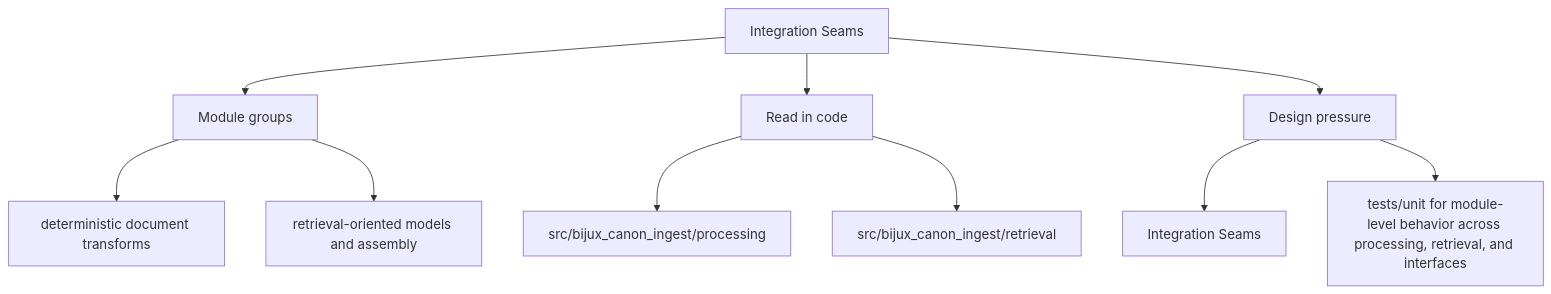
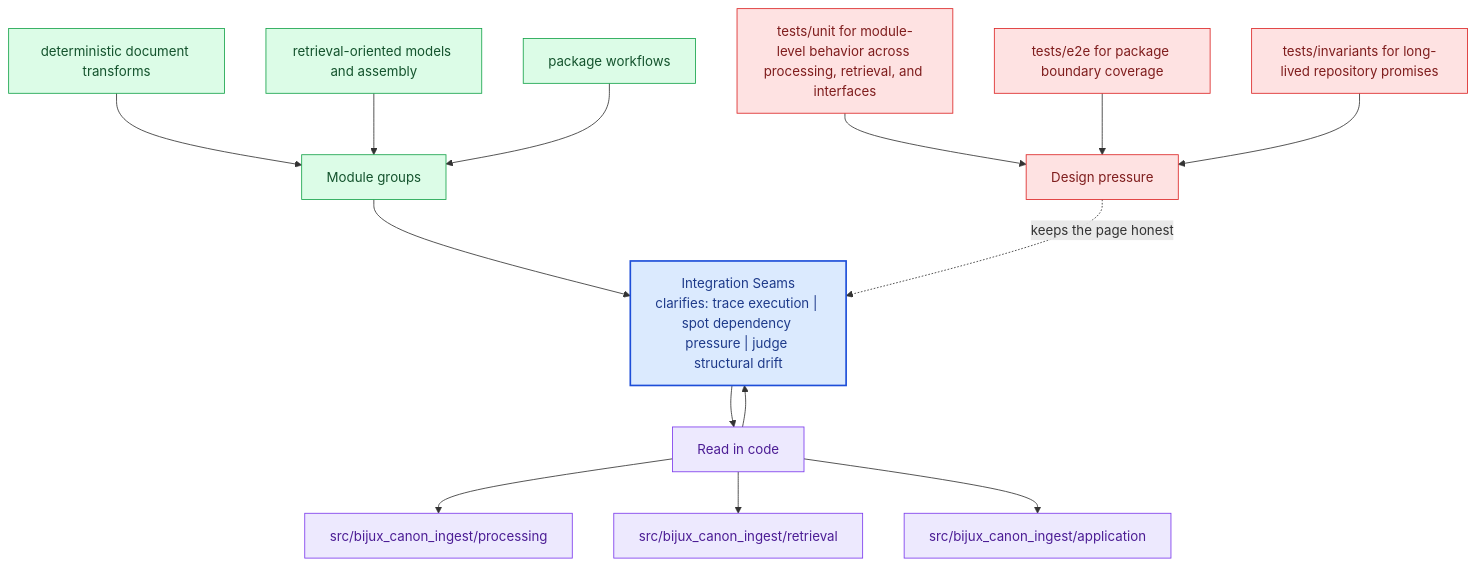
The second of 2 diagrams in docs/bijux-canon-ingest/architecture/integration-seams.md (bijux/bijux-canon), drawn with Mermaid before and after one commit. The commit also changed other lines of this file and 281 other files, not shown here.

Commit message:
docs(diagrams): deepen handbook mermaid maps across the catalog

````diff
--- a/docs/bijux-canon-ingest/architecture/integration-seams.md
+++ b/docs/bijux-canon-ingest/architecture/integration-seams.md
@@ -35,22 +68,40 @@
 ```mermaid
-flowchart TD
-    page["Integration Seams"]
+flowchart TB
+    promise["Integration Seams<br/>clarifies: trace execution | spot dependency pressure | judge structural drift"]
+    classDef promise fill:#dbeafe,stroke:#1d4ed8,color:#1e3a8a,stroke-width:2px;
+    classDef driver fill:#dcfce7,stroke:#16a34a,color:#14532d;
+    classDef constraint fill:#fee2e2,stroke:#dc2626,color:#7f1d1d;
+    classDef ground fill:#ede9fe,stroke:#7c3aed,color:#4c1d95;
     focus1["Module groups"]
-    page --> focus1
+    focus1 --> promise
     focus1_1["deterministic document transforms"]
-    focus1 --> focus1_1
+    focus1_1 --> focus1
     focus1_2["retrieval-oriented models and assembly"]
-    focus1 --> focus1_2
+    focus1_2 --> focus1
+    focus1_3["package workflows"]
+    focus1_3 --> focus1
+    class focus1 driver;
+    class focus1_1,focus1_2,focus1_3 driver;
     focus2["Read in code"]
-    page --> focus2
+    focus2 --> promise
+    promise --> focus2
     focus2_1["src/bijux_canon_ingest/processing"]
     focus2 --> focus2_1
     focus2_2["src/bijux_canon_ingest/retrieval"]
     focus2 --> focus2_2
+    focus2_3["src/bijux_canon_ingest/application"]
+    focus2 --> focus2_3
+    class focus2 ground;
+    class focus2_1,focus2_2,focus2_3 ground;
     focus3["Design pressure"]
-    page --> focus3
-    focus3_1["Integration Seams"]
-    focus3 --> focus3_1
-    focus3_2["tests/unit for module-level behavior across processing, retrieval, and interfaces"]
-    focus3 --> focus3_2
+    focus3 -.keeps the page honest.-> promise
+    focus3_1["tests/unit for module-level behavior across processing, retrieval, and interfaces"]
+    focus3_1 --> focus3
+    focus3_2["tests/e2e for package boundary coverage"]
+    focus3_2 --> focus3
+    focus3_3["tests/invariants for long-lived repository promises"]
+    focus3_3 --> focus3
+    class focus3 constraint;
+    class focus3_1,focus3_2,focus3_3 constraint;
+    class promise promise;
 ```
````
